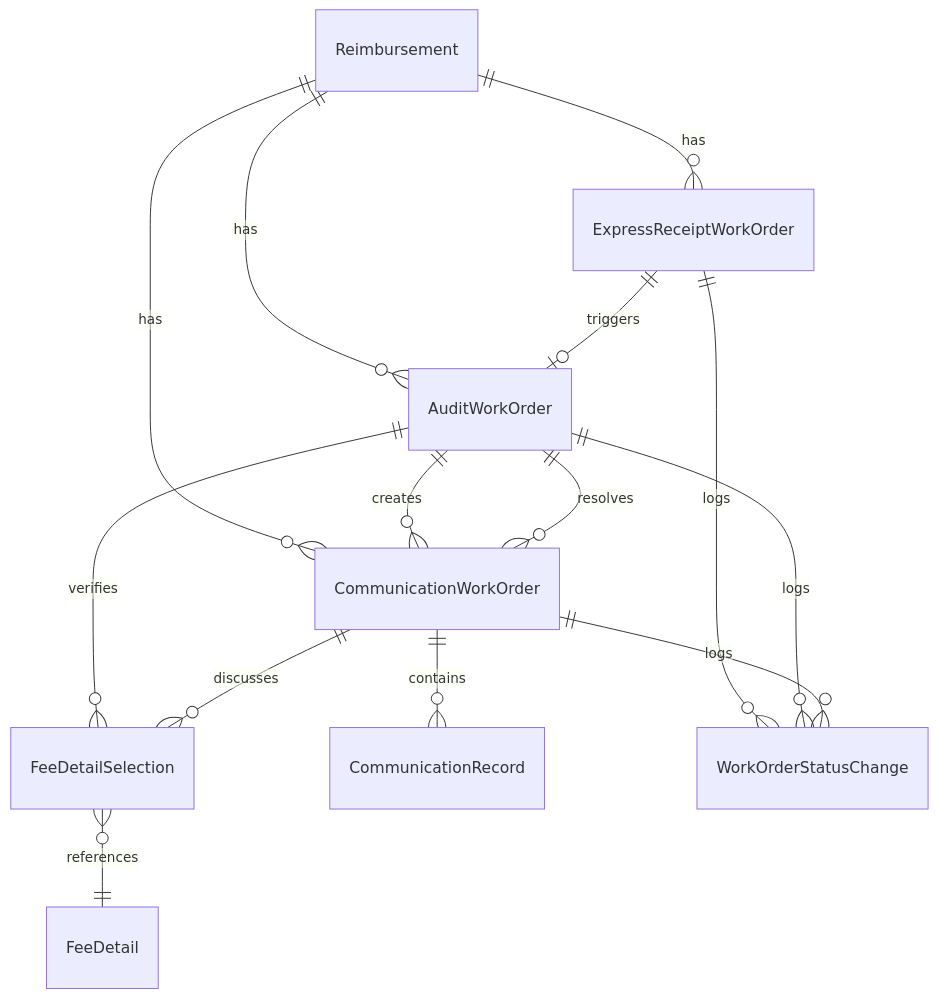
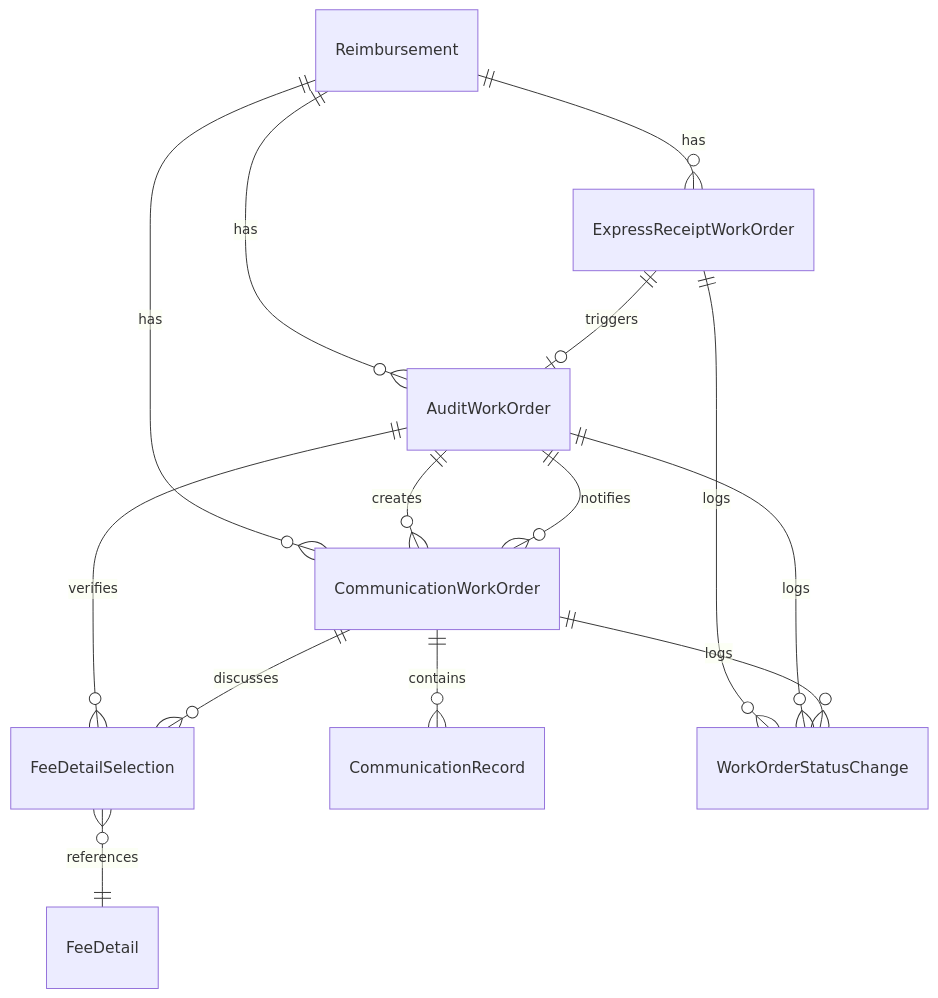
One commit to dreamlx/sci2 changed the diagram in docs/refactoring/01_overview.md. Above: the diagram before and after it, drawn with Mermaid. The commit also changed other lines of this file and 30 other files, not shown here.

````diff
--- a/docs/refactoring/01_overview.md
+++ b/docs/refactoring/01_overview.md
@@ -27,16 +28,16 @@
 ```mermaid
 erDiagram
     Reimbursement ||--o{ ExpressReceiptWorkOrder : "has"
     Reimbursement ||--o{ AuditWorkOrder : "has"
     Reimbursement ||--o{ CommunicationWorkOrder : "has"
     ExpressReceiptWorkOrder ||--o| AuditWorkOrder : "triggers"
     AuditWorkOrder ||--o{ CommunicationWorkOrder : "creates"
-    CommunicationWorkOrder }o--|| AuditWorkOrder : "resolves"
+    CommunicationWorkOrder }o--|| AuditWorkOrder : "notifies"
     AuditWorkOrder ||--o{ FeeDetailSelection : "verifies"
     CommunicationWorkOrder ||--o{ FeeDetailSelection : "discusses"
     FeeDetailSelection }o--|| FeeDetail : "references"
     CommunicationWorkOrder ||--o{ CommunicationRecord : "contains"
     ExpressReceiptWorkOrder ||--o{ WorkOrderStatusChange : "logs"
     AuditWorkOrder ||--o{ WorkOrderStatusChange : "logs"
     CommunicationWorkOrder ||--o{ WorkOrderStatusChange : "logs"
 ```
````
